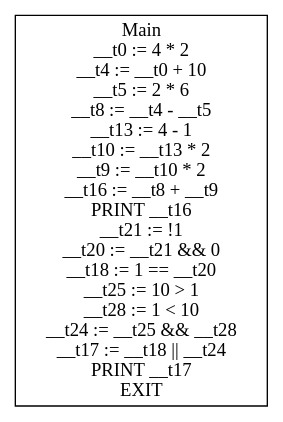
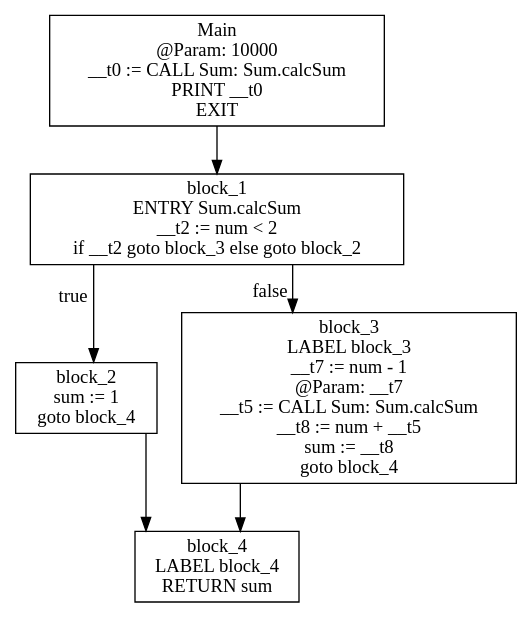
Before and after one commit to AIlhomov/Flex: the diagram in assignment_1/getting_started/cfg.dot, drawn with Graphviz. The commit also changed 7 other files, not shown here.

```diff
--- a/assignment_1/getting_started/cfg.dot
+++ b/assignment_1/getting_started/cfg.dot
@@ -1,5 +1,14 @@
 digraph CFG {
 graph [splines=ortho];
 node [shape=box];
-Main [label="Main\n__t0 := 4 * 2\n__t4 := __t0 + 10\n__t5 := 2 * 6\n__t8 := __t4 - __t5\n__t13 := 4 - 1\n__t10 := __t13 * 2\n__t9 := __t10 * 2\n__t16 := __t8 + __t9\nPRINT __t16\n__t21 := !1\n__t20 := __t21 && 0\n__t18 := 1 == __t20\n__t25 := 10 > 1\n__t28 := 1 < 10\n__t24 := __t25 && __t28\n__t17 := __t18 || __t24\nPRINT __t17\nEXIT\n"];
+Main -> block_1;
+Main [label="Main\n @Param: 10000\n__t0 := CALL Sum: Sum.calcSum\nPRINT __t0\nEXIT\n"];
+block_1 -> block_2 [xlabel="true"];
+block_1 -> block_3 [xlabel="false"];
+block_1 [label="block_1\nENTRY Sum.calcSum\n__t2 := num < 2\nif __t2 goto block_3 else goto block_2\n"];
+block_2 -> block_4;
+block_2 [label="block_2\nsum := 1\ngoto block_4\n"];
+block_3 -> block_4;
+block_3 [label="block_3\nLABEL block_3\n__t7 := num - 1\n @Param: __t7\n__t5 := CALL Sum: Sum.calcSum\n__t8 := num + __t5\nsum := __t8\ngoto block_4\n"];
+block_4 [label="block_4\nLABEL block_4\nRETURN sum\n"];
 }
```
